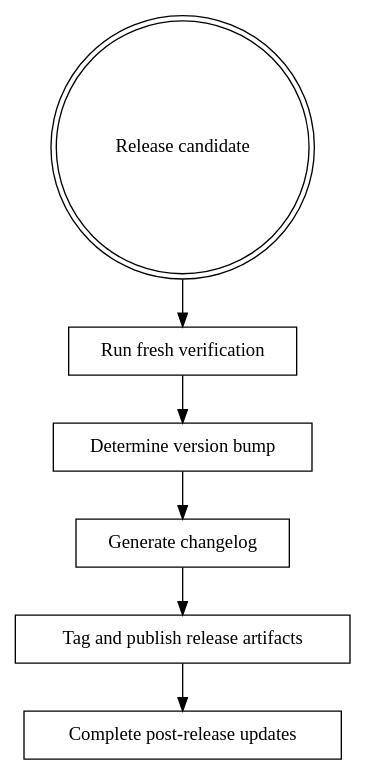
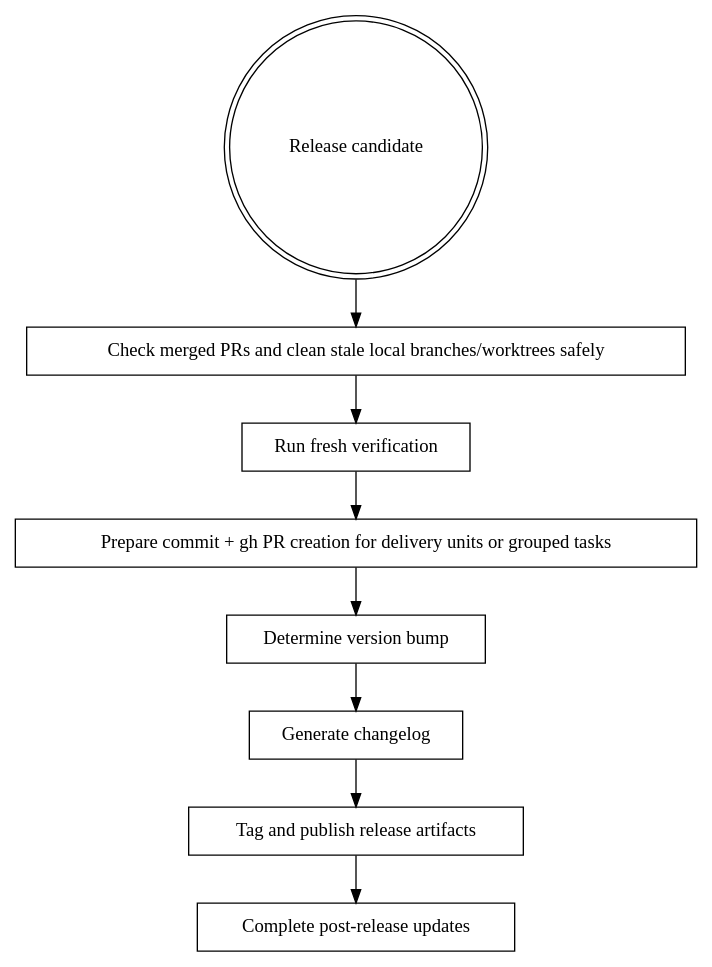
One commit to nhd2106/imitation-machine changed the diagram in skills/release/SKILL.md. Above: the diagram before and after it, drawn with Graphviz. The commit also changed other lines of this file and 18 other files, not shown here.

````diff
--- a/skills/release/SKILL.md
+++ b/skills/release/SKILL.md
@@ -18,16 +19,20 @@
 ```dot
 digraph release_flow {
   "Release candidate" [shape=doublecircle];
+  "Check merged PRs and clean stale local branches/worktrees safely" [shape=box];
   "Run fresh verification" [shape=box];
+  "Prepare commit + gh PR creation for delivery units or grouped tasks" [shape=box];
   "Determine version bump" [shape=box];
   "Generate changelog" [shape=box];
   "Tag and publish release artifacts" [shape=box];
   "Complete post-release updates" [shape=box];
 
-  "Release candidate" -> "Run fresh verification";
-  "Run fresh verification" -> "Determine version bump";
+  "Release candidate" -> "Check merged PRs and clean stale local branches/worktrees safely";
+  "Check merged PRs and clean stale local branches/worktrees safely" -> "Run fresh verification";
+  "Run fresh verification" -> "Prepare commit + gh PR creation for delivery units or grouped tasks";
+  "Prepare commit + gh PR creation for delivery units or grouped tasks" -> "Determine version bump";
   "Determine version bump" -> "Generate changelog";
   "Generate changelog" -> "Tag and publish release artifacts";
   "Tag and publish release artifacts" -> "Complete post-release updates";
 }
 ```
````
